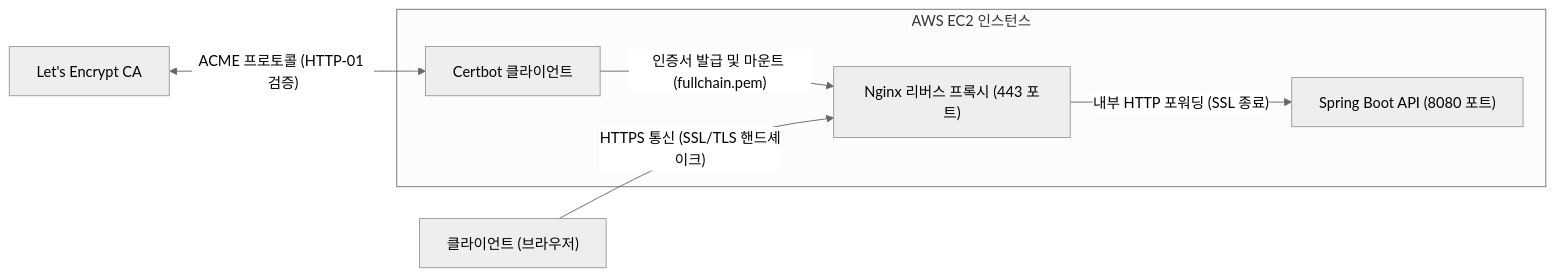
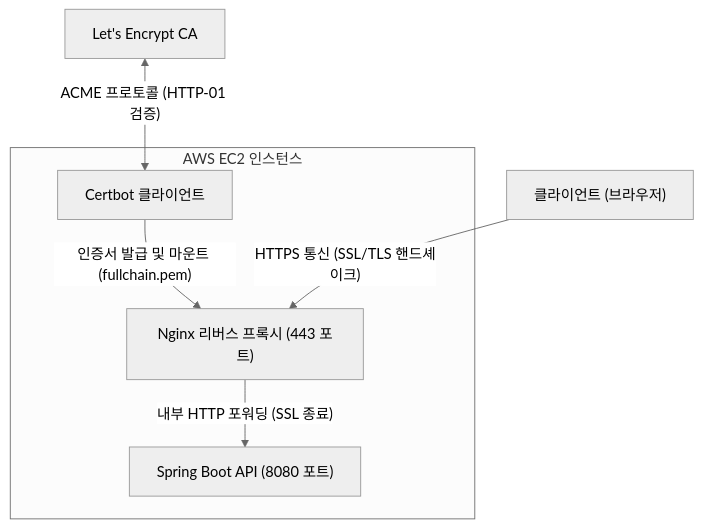
Before and after one commit to likelion-backend-25th/22-project-sns: the first of 4 diagrams in guide/04.challenge.md, drawn with Mermaid (neutral theme). The commit also changed other lines of this file, not shown here.

````diff
--- a/guide/04.challenge.md
+++ b/guide/04.challenge.md
@@ -229,16 +229,17 @@
 ```mermaid
-graph LR
+flowchart TD
+    CA["Let's Encrypt CA"]
+
     Client["클라이언트 (브라우저)"]
-    CA["Let's Encrypt CA"]
 
     subgraph EC2["AWS EC2 인스턴스"]
         Certbot["Certbot 클라이언트"]
         Nginx["Nginx 리버스 프록시 (443 포트)"]
         SpringBoot["Spring Boot API (8080 포트)"]
     end
 
     CA <-->|"ACME 프로토콜 (HTTP-01 검증)"| Certbot
     Certbot -->|"인증서 발급 및 마운트 (fullchain.pem)"| Nginx
     Client -->|"HTTPS 통신 (SSL/TLS 핸드셰이크)"| Nginx
     Nginx -->|"내부 HTTP 포워딩 (SSL 종료)"| SpringBoot
 ```
````
